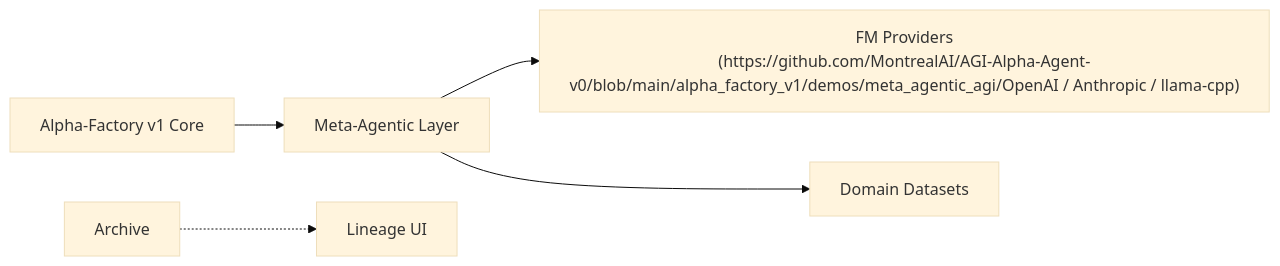
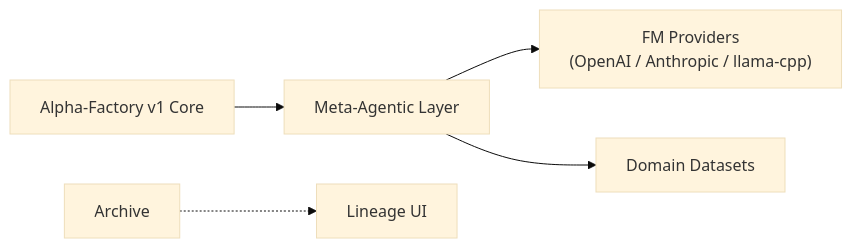
The third of 3 diagrams in docs/demos/meta_agentic_agi.md (MontrealAI/AGI-Alpha-Agent-v0), drawn with Mermaid (base theme) before and after one commit. The commit also changed other lines of this file and 216 other files, not shown here.

````diff
--- a/docs/demos/meta_agentic_agi.md
+++ b/docs/demos/meta_agentic_agi.md
@@ -190,12 +215,12 @@
 ```mermaid
 flowchart LR
   AFV1["Alpha‑Factory v1 Core"]
   MAA["Meta‑Agentic Layer"]
-  Providers["FM Providers<br/>(https://github.com/MontrealAI/AGI-Alpha-Agent-v0/blob/main/alpha_factory_v1/demos/meta_agentic_agi/OpenAI / Anthropic / llama‑cpp)"]
+  Providers["FM Providers<br/>(OpenAI / Anthropic / llama‑cpp)"]
   Dataset["Domain Datasets"]
   UI2["Lineage UI"]
   AFV1 --> MAA
   MAA --> Providers
   MAA --> Dataset
   Archive -.-> UI2
 ```
````
